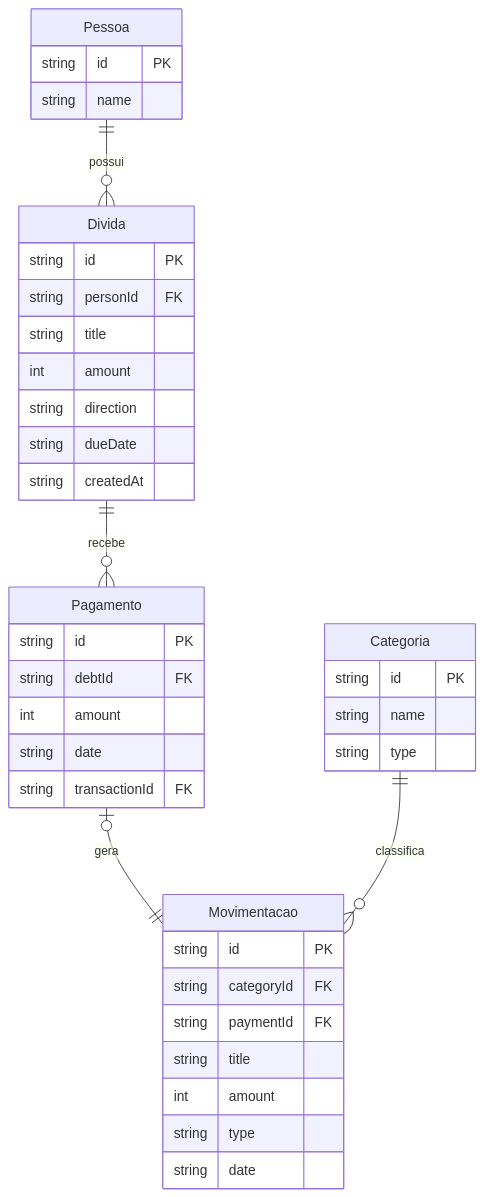
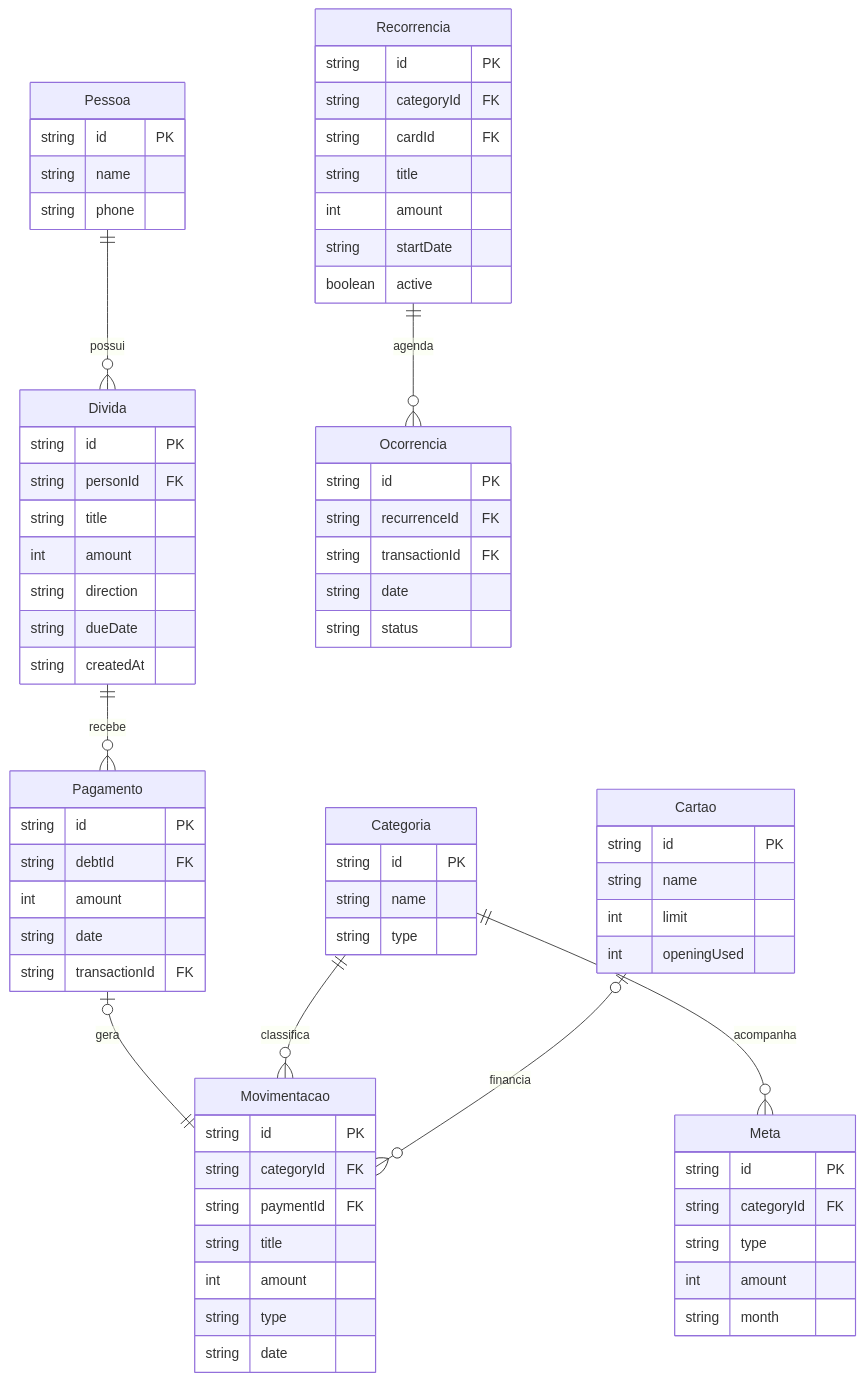
One commit to LouasDev/desaperta changed the diagram in docs/ARQUITETURA.md. Above: the diagram before and after it, drawn with Mermaid. The commit also changed other lines of this file and 36 other files, not shown here.

Commit message:
feat: add onboarding cards goals recurring flows WhatsApp summaries and dark mode

````diff
--- a/docs/ARQUITETURA.md
+++ b/docs/ARQUITETURA.md
@@ -19,41 +21,74 @@
 ```mermaid
 erDiagram
   Pessoa ||--o{ Divida : possui
   Divida ||--o{ Pagamento : recebe
   Pagamento o|--|| Movimentacao : gera
   Categoria ||--o{ Movimentacao : classifica
+  Categoria ||--o{ Meta : acompanha
+  Cartao o|--o{ Movimentacao : financia
+  Recorrencia ||--o{ Ocorrencia : agenda
   Pessoa {
     string id PK
     string name
+    string phone
   }
   Divida {
     string id PK
     string personId FK
     string title
     int amount
     string direction
     string dueDate
     string createdAt
   }
   Pagamento {
     string id PK
     string debtId FK
     int amount
     string date
     string transactionId FK
   }
   Movimentacao {
     string id PK
     string categoryId FK
     string paymentId FK
     string title
     int amount
     string type
     string date
   }
   Categoria {
     string id PK
     string name
     string type
   }
+  Cartao {
+    string id PK
+    string name
+    int limit
+    int openingUsed
+  }
+  Meta {
+    string id PK
+    string categoryId FK
+    string type
+    int amount
+    string month
+  }
+  Recorrencia {
+    string id PK
+    string categoryId FK
+    string cardId FK
+    string title
+    int amount
+    string startDate
+    boolean active
+  }
+  Ocorrencia {
+    string id PK
+    string recurrenceId FK
+    string transactionId FK
+    string date
+    string status
+  }
 ```
````
